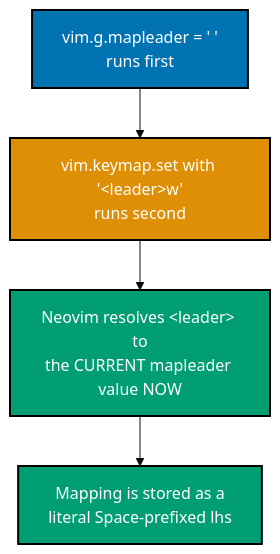
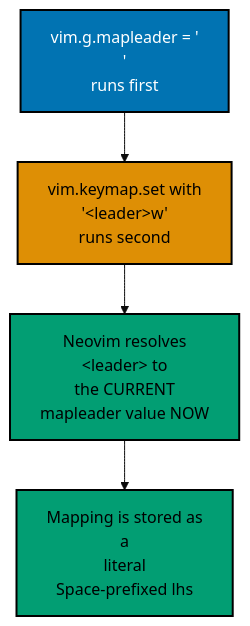
The first of 7 diagrams in apps/ayokoding-www/content/en/learn/courses/extending-neovim/learning/beginner.md (wahidyankf/ose-public), drawn with Mermaid (base theme) before and after one commit. The commit also changed other lines of this file and 144 other files, not shown here.

First line of the commit message:
fix(mermaid): bring the first half of the courses diagrams onto the accessible palette

````diff
--- a/apps/ayokoding-www/content/en/learn/courses/extending-neovim/learning/beginner.md
+++ b/apps/ayokoding-www/content/en/learn/courses/extending-neovim/learning/beginner.md
@@ -187,13 +187,16 @@
 ```mermaid
 %% Color Palette: Blue #0173B2, Orange #DE8F05, Teal #029E73
 flowchart TD
-    A["vim.g.mapleader = ' '<br/>runs first"]:::blue
-    B["vim.keymap.set with '&lt;leader&gt;w'<br/>runs second"]:::orange
-    C["Neovim resolves &lt;leader&gt; to<br/>the CURRENT mapleader value NOW"]:::teal
-    D["Mapping is stored as a<br/>literal Space-prefixed lhs"]:::teal
+    accTitle: Example 7: Set mapleader
+    accDescr: Flowchart with 6 nodes and 3 connections. Nodes: vim.g.mapleader = runs first, B, lt, gt, C, Mapping is stored as a literal Space-prefixed lhs. Connections: vim.g.mapleader = runs first to B, B to C, C to Mapping is stored as a literal Space-prefixed lhs.
+    A["vim.g.mapleader = '<br/>'<br/>runs first"]:::blue
+    B["vim.keymap.set with<br/>'&lt;leader&gt;w'<br/>runs second"]:::orange
+    C["Neovim resolves<br/>&lt;leader&gt; to<br/>the CURRENT<br/>mapleader value NOW"]:::teal
+    D["Mapping is stored as<br/>a<br/>literal<br/>Space-prefixed lhs"]:::teal
     A --> B --> C --> D
 
     classDef blue fill:#0173B2,stroke:#000000,color:#FFFFFF,stroke-width:2px
-    classDef orange fill:#DE8F05,stroke:#000000,color:#FFFFFF,stroke-width:2px
-    classDef teal fill:#029E73,stroke:#000000,color:#FFFFFF,stroke-width:2px
+    classDef orange fill:#DE8F05,stroke:#000000,color:#000000,stroke-width:2px
+    classDef teal fill:#029E73,stroke:#000000,color:#000000,stroke-width:2px
+    classDef default fill:#FFFFFF,stroke:#000000,color:#000000
 ```
````
